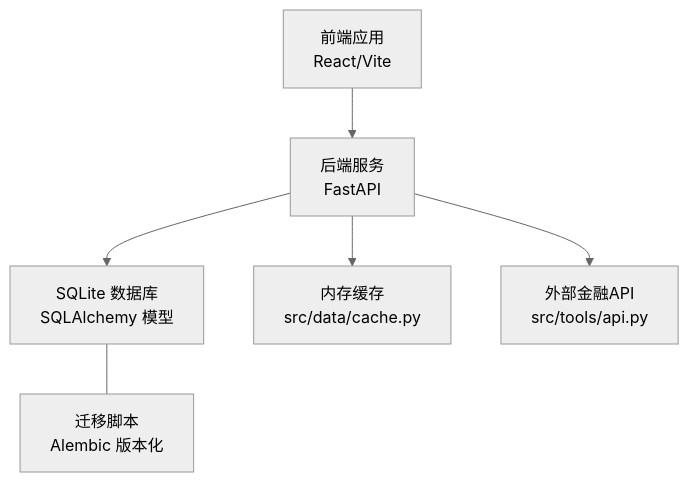
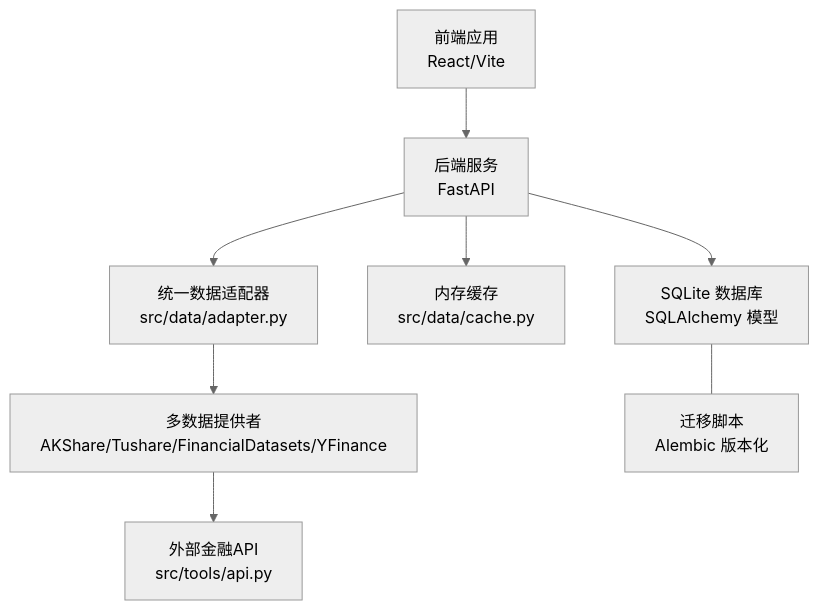
Before and after one commit to lichen14-hash/ai-hedge-fund: the first of 7 diagrams in .qoder/repowiki/zh/content/数据管理/数据管理.md, drawn with Mermaid (neutral theme). The commit also changed other lines of this file and 11 other files, not shown here.

````diff
--- a/.qoder/repowiki/zh/content/数据管理/数据管理.md
+++ b/.qoder/repowiki/zh/content/数据管理/数据管理.md
@@ -39,8 +52,10 @@
 ```mermaid
 graph TB
 FE["前端应用<br/>React/Vite"] --> BE["后端服务<br/>FastAPI"]
 BE --> DB["SQLite 数据库<br/>SQLAlchemy 模型"]
 BE --> CACHE["内存缓存<br/>src/data/cache.py"]
-BE --> EXTAPI["外部金融API<br/>src/tools/api.py"]
+BE --> ADAPTER["统一数据适配器<br/>src/data/adapter.py"]
+ADAPTER --> PROVIDERS["多数据提供者<br/>AKShare/Tushare/FinancialDatasets/YFinance"]
+PROVIDERS --> EXTAPI["外部金融API<br/>src/tools/api.py"]
 DB --- ALEMBIC["迁移脚本<br/>Alembic 版本化"]
 ```
````
